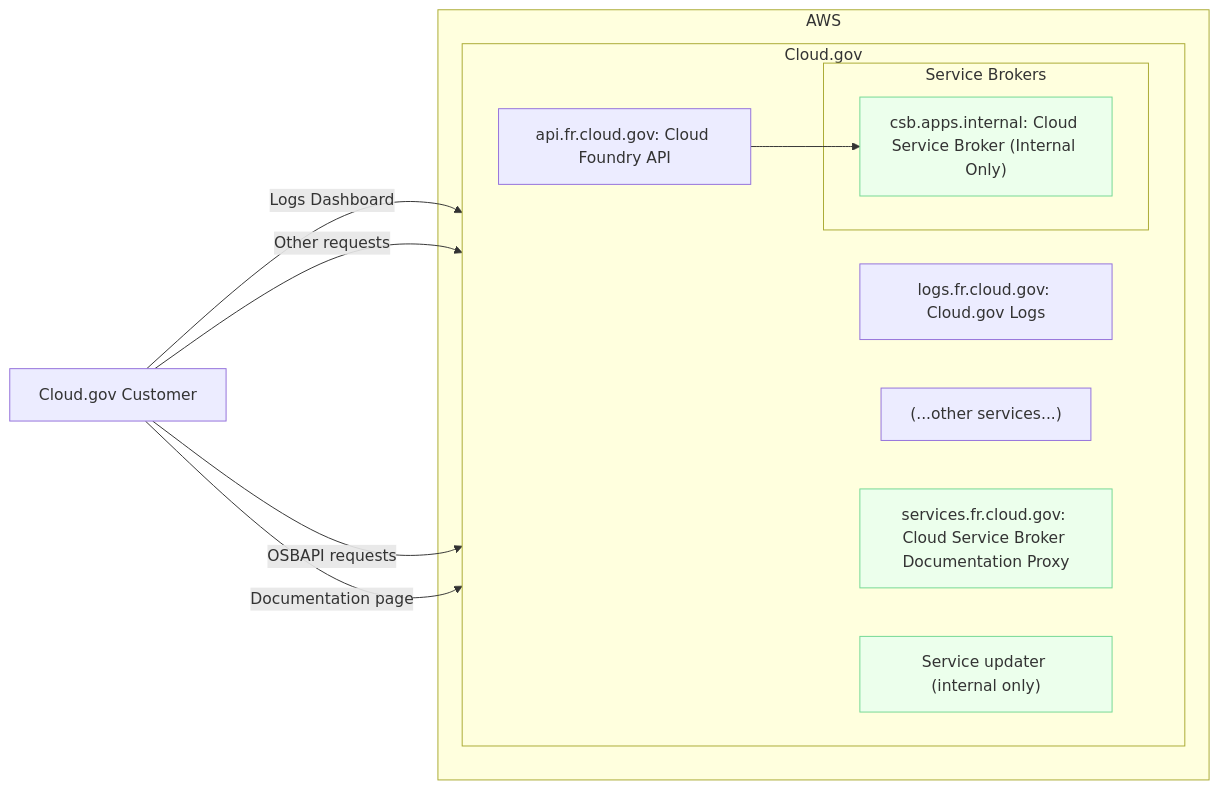
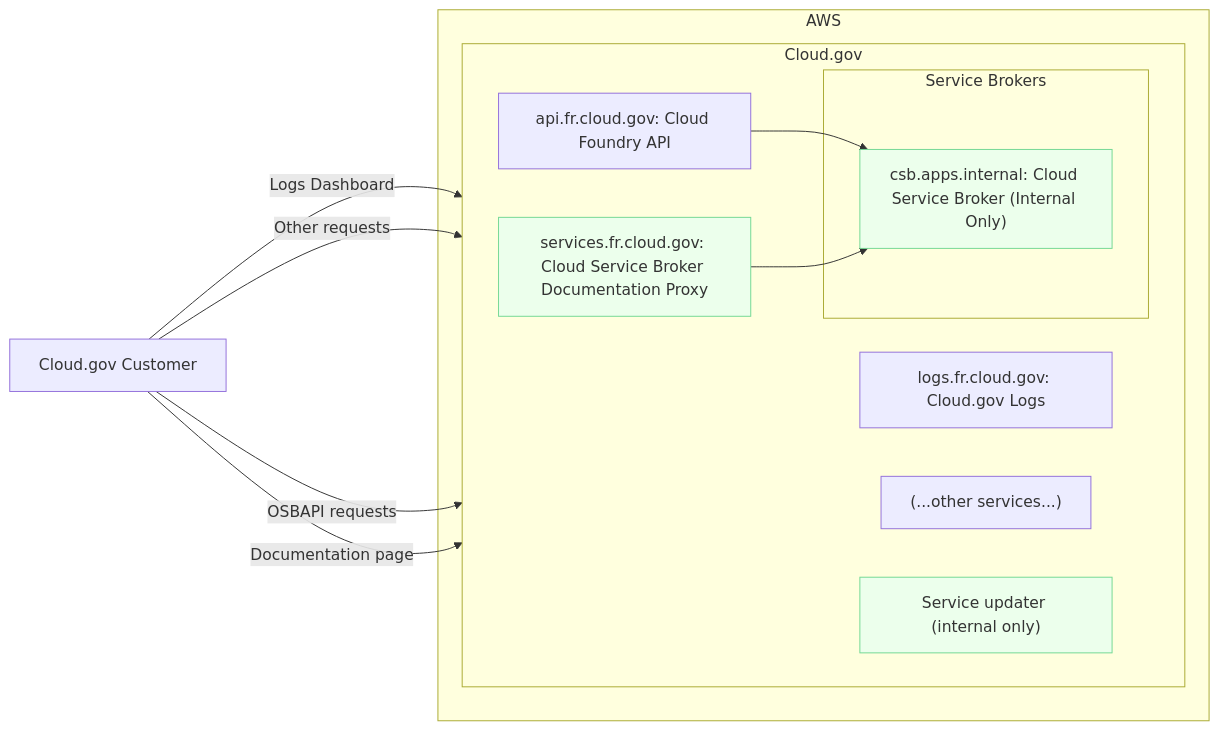
One commit to cloud-gov/csb changed the third of 3 diagrams in docs/diagrams.md. Above: the diagram before and after it, drawn with Mermaid. The commit also changed other lines of this file, not shown here.

Commit message:
Minor diagram improvements

````diff
--- a/docs/diagrams.md
+++ b/docs/diagrams.md
@@ -98,28 +98,29 @@
 ```mermaid
 flowchart LR
     classDef new fill:#ecffec,stroke:#73d893
     u["Cloud.gov Customer"]
 
     subgraph "AWS"
 
         subgraph "Cloud.gov"
             direction LR
             logs["logs.fr.cloud.gov": Cloud.gov Logs]
             etc["(...other services...)"]
             capi["api.fr.cloud.gov: Cloud Foundry API"]
             docproxy["services.fr.cloud.gov: Cloud Service Broker Documentation Proxy"]:::new
             updater["Service updater (internal only)"]:::new
 
             subgraph "Service Brokers"
                 csb["csb.apps.internal: Cloud Service Broker (Internal Only)"]:::new
             end
         end
     end
 
 
     u -->|Logs Dashboard| logs
     u -->|Other requests| etc
     u -->|OSBAPI requests| capi
     u -->|Documentation page| docproxy
     capi --> csb
+    docproxy --> csb
 ```
````
